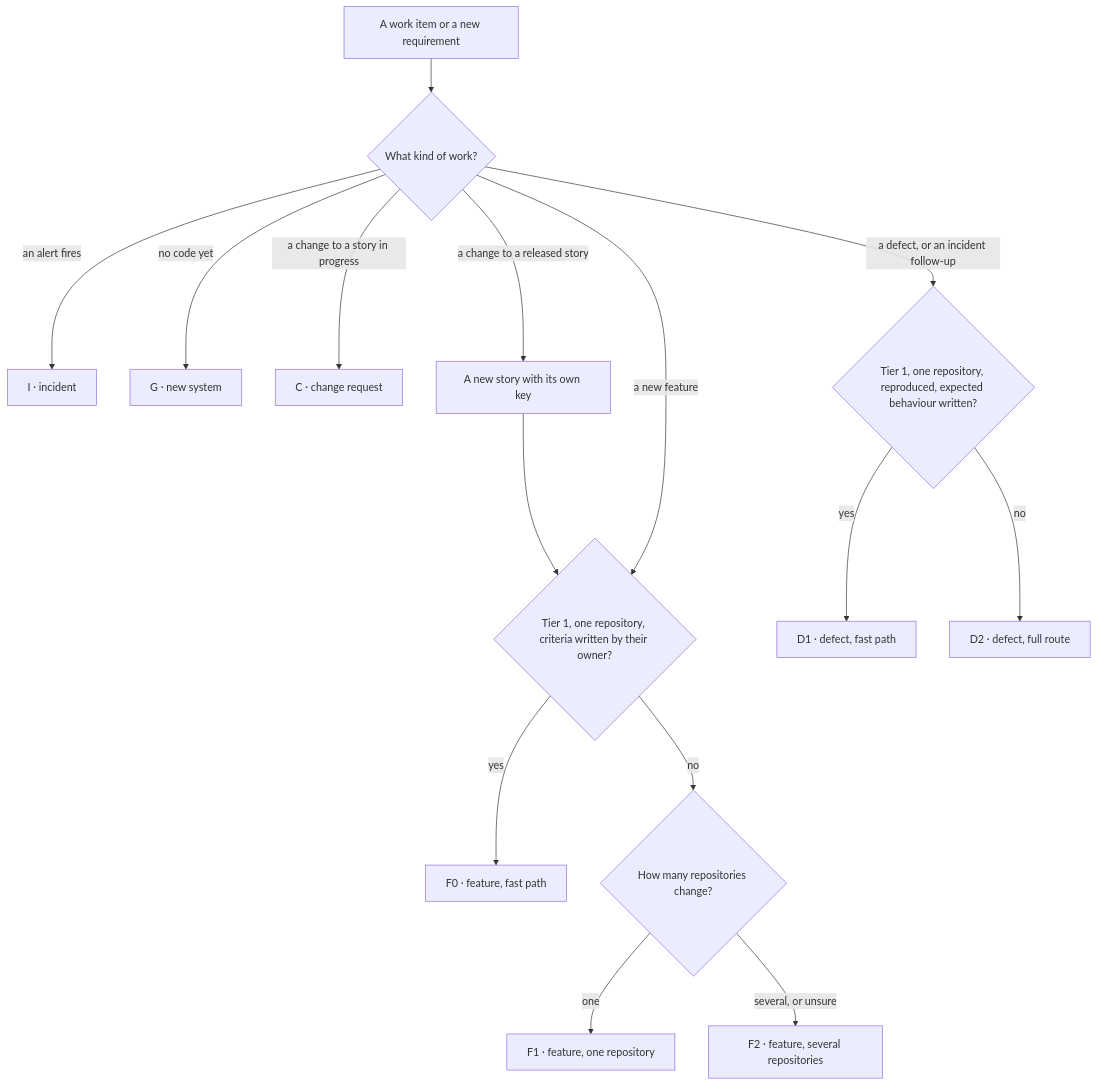
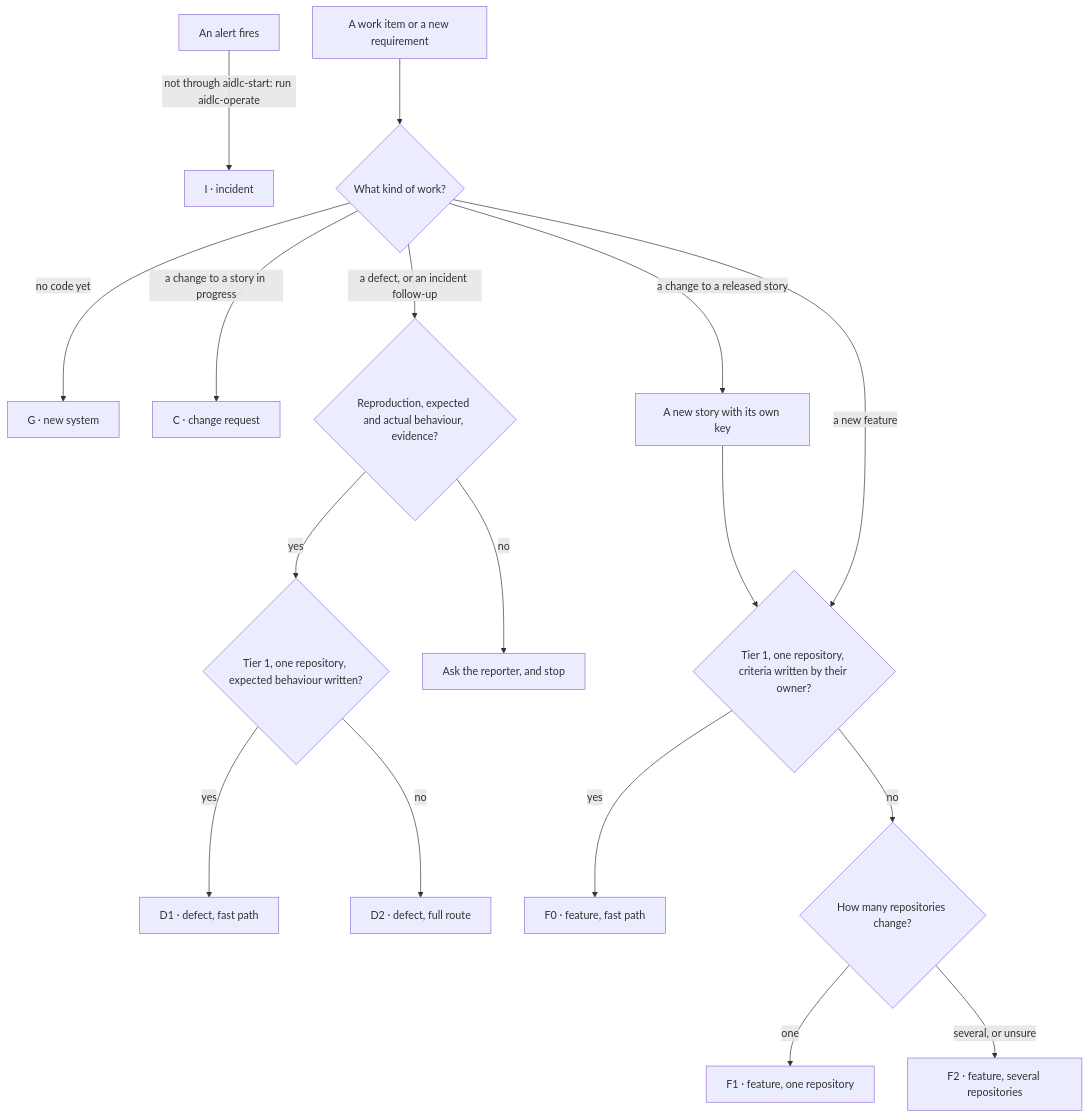
The first of 11 diagrams in docs/operating-model/routes.md (prashantsharma18/aidlc), drawn with Mermaid before and after one commit. The commit also changed other lines of this file and 3 other files, not shown here.

First line of the commit message:
fix(docs): Plan 18 final review: UNAFFECTED in the story index, status --write, no-repro stop, route I via aidlc-operate, every gate on the sheet, Tier 1 plan approval

````diff
--- a/docs/operating-model/routes.md
+++ b/docs/operating-model/routes.md
@@ -11,17 +12,19 @@
 ```mermaid
 flowchart TD
+    alert["An alert fires"] -->|"not through aidlc-start: run aidlc-operate"| I["I · incident"]
     item["A work item or a new requirement"] --> kind{"What kind of work?"}
-    kind -->|"an alert fires"| I["I · incident"]
     kind -->|"no code yet"| G["G · new system"]
     kind -->|"a change to a story in progress"| C["C · change request"]
     kind -->|"a change to a released story"| newstory["A new story with its own key"]
     newstory --> feature
-    kind -->|"a defect, or an incident follow-up"| defect{"Tier 1, one repository, reproduced, expected behaviour written?"}
+    kind -->|"a defect, or an incident follow-up"| ready{"Reproduction, expected and actual behaviour, evidence?"}
+    ready -->|"no"| ask["Ask the reporter, and stop"]
+    ready -->|"yes"| defect{"Tier 1, one repository, expected behaviour written?"}
     defect -->|"yes"| D1["D1 · defect, fast path"]
     defect -->|"no"| D2["D2 · defect, full route"]
     kind -->|"a new feature"| feature{"Tier 1, one repository, criteria written by their owner?"}
     feature -->|"yes"| F0["F0 · feature, fast path"]
     feature -->|"no"| scope{"How many repositories change?"}
     scope -->|"one"| F1["F1 · feature, one repository"]
     scope -->|"several, or unsure"| F2["F2 · feature, several repositories"]
 ```
````
